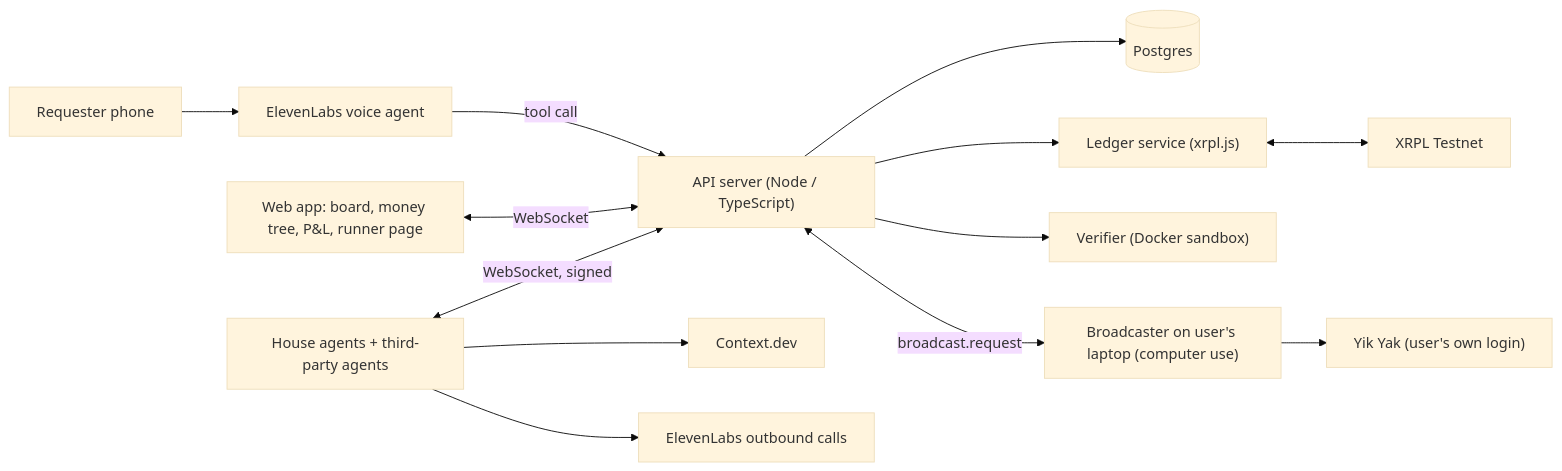
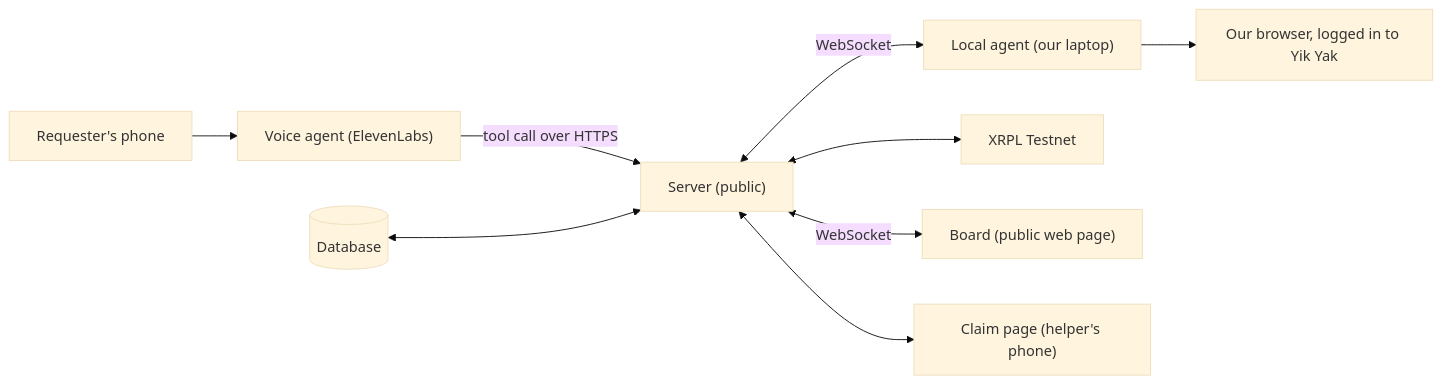
The second of 2 diagrams in README.md (maokner/agent-pledge), drawn with Mermaid (base theme) before and after one commit. The commit also changed other lines of this file, not shown here.

Commit message:
Rewrite PRD around the base Yik Yak seat-hold demo in plain English

````diff
--- a/README.md
+++ b/README.md
@@ -432,15 +127,11 @@
 ```mermaid
 flowchart LR
-  Phone["Requester phone"] --> EL["ElevenLabs voice agent"]
-  EL -->|tool call| API["API server (Node / TypeScript)"]
-  Web["Web app: board, money tree, P&L, runner page"] <-->|WebSocket| API
-  Agents["House agents + third-party agents"] <-->|WebSocket, signed| API
-  API --> DB[("Postgres")]
-  API --> Ledger["Ledger service (xrpl.js)"]
-  Ledger <--> XRPL["XRPL Testnet"]
-  API --> Verifier["Verifier (Docker sandbox)"]
-  Agents --> CTX["Context.dev"]
-  Agents --> ELOut["ElevenLabs outbound calls"]
-  API <-->|broadcast.request| BC["Broadcaster on user's laptop (computer use)"]
-  BC --> YY["Yik Yak (user's own login)"]
+  Phone["Requester's phone"] --> VA["Voice agent (ElevenLabs)"]
+  VA -->|tool call over HTTPS| SRV["Server (public)"]
+  SRV <-->|WebSocket| LA["Local agent (our laptop)"]
+  LA --> BR["Our browser, logged in to Yik Yak"]
+  SRV <--> XRPL["XRPL Testnet"]
+  SRV <-->|WebSocket| BOARD["Board (public web page)"]
+  SRV <--> CLAIM["Claim page (helper's phone)"]
+  DB[("Database")] <--> SRV
 ```
````
